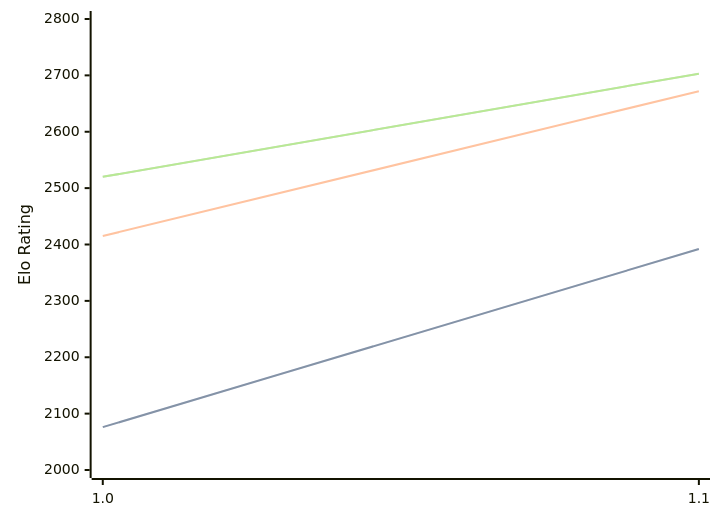
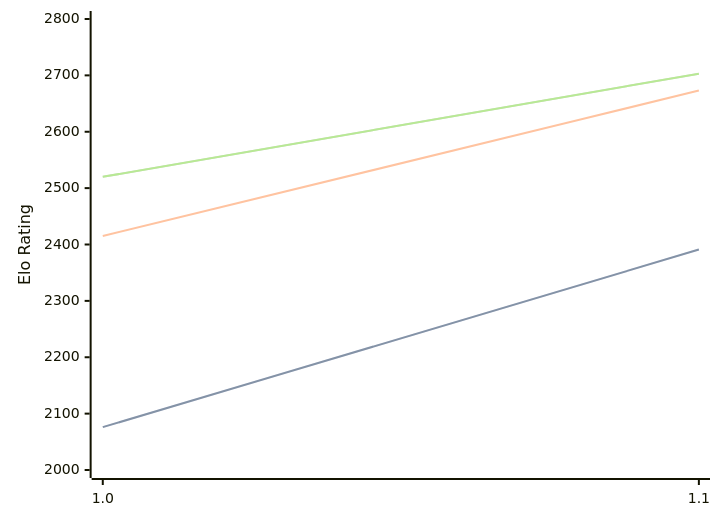
One commit to computer-chess-index/cci changed the third of 3 diagrams in engines/Erinn.md. Above: the diagram before and after it, drawn with Mermaid. The commit also changed other lines of this file, not shown here.

````diff
--- a/engines/Erinn.md
+++ b/engines/Erinn.md
@@ -65,11 +65,11 @@
 ```mermaid
 %%{init: {"theme":"base","themeVariables":{"seriesColors:['#a3a3a3','#222221','#faa371']}}}%%
 xychart-beta
   x-axis ["1.0", "1.1"]
   y-axis "Elo Rating" 2000 --> 2800
-  line "STC (8.0+0.08s)" [2076, 2392]
-  line "STC (8.0+0.08s)" [2076, 2392]
-  line "LTC (60.0+0.60s)" [2415, 2672]
+  line "STC (8.0+0.08s)" [2076, 2391]
+  line "STC (8.0+0.08s)" [2076, 2391]
+  line "LTC (60.0+0.60s)" [2415, 2673]
   line "VLTC (2m24s+1.12s)" [2520, 2703]
   line "VLTC (2m24s+1.12s)" [2520, 2703]
 ```
````
